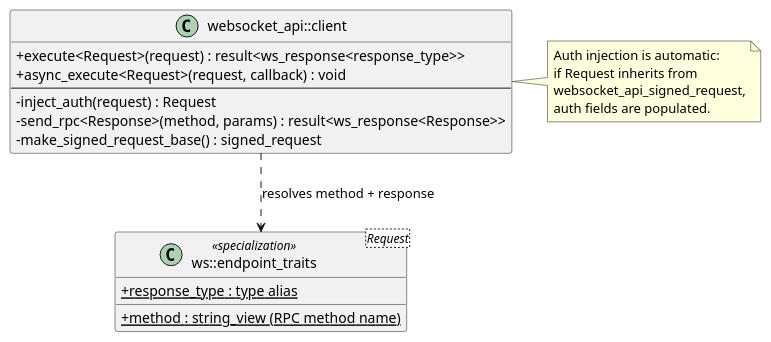
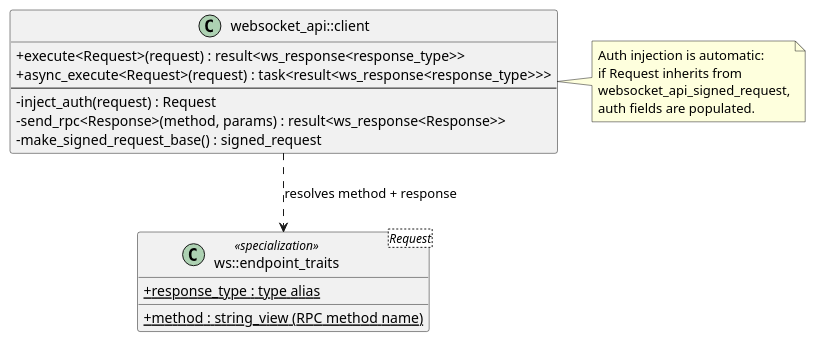
Before and after one commit to agutikov/binapi: the fourth of 10 diagrams in docs/DESIGN.md, drawn with PlantUML. The commit also changed other lines of this file and 21 other files, not shown here.

````diff
--- a/docs/DESIGN.md
+++ b/docs/DESIGN.md
@@ -176,28 +233,28 @@
 ```plantuml
 @startuml
 skinparam classAttributeIconSize 0
 
 class "websocket_api::client" as WSC {
   +execute<Request>(request) : result<ws_response<response_type>>
-  +async_execute<Request>(request, callback) : void
+  +async_execute<Request>(request) : task<result<ws_response<response_type>>>
   --
   -inject_auth(request) : Request
   -send_rpc<Response>(method, params) : result<ws_response<Response>>
   -make_signed_request_base() : signed_request
 }
 
 class "ws::endpoint_traits<Request>" as WET <<specialization>> {
   +{static} response_type : type alias
   +{static} method : string_view (RPC method name)
 }
 
 note right of WSC
   Auth injection is automatic:
   if Request inherits from
   websocket_api_signed_request,
   auth fields are populated.
 end note
 
 WSC ..> WET : resolves method + response
 @enduml
 ```
````
